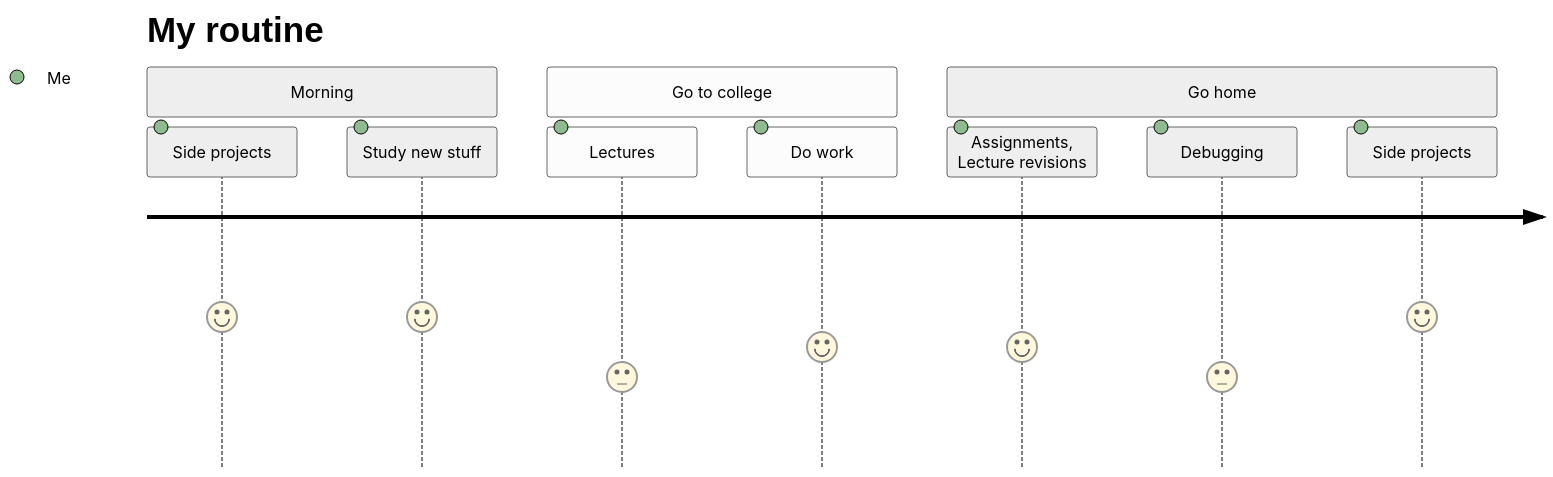
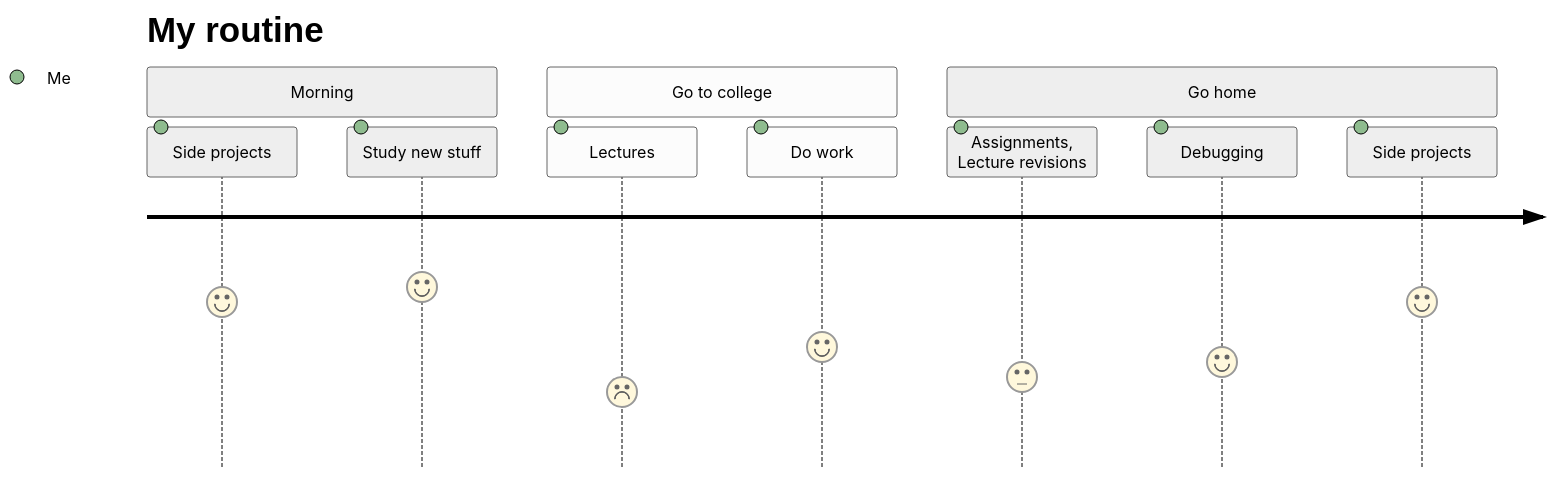
Before and after one commit to hwaseem04/hwaseem04: the diagram in README.md, drawn with Mermaid (neutral theme). The commit also changed other lines of this file, not shown here.

````diff
--- a/README.md
+++ b/README.md
@@ -16,14 +19,14 @@
 ```mermaid
 journey
     title My routine
     section Morning
-      Side projects: 5: Me
-      Study new stuff: 5: Me
+      Side projects: 5.5: Me
+      Study new stuff: 6: Me
     section Go to college
-      Lectures: 3: Me
+      Lectures: 2.5: Me
       Do work: 4: Me
     section Go home
-      Assignments, Lecture revisions: 4: Me
-      Debugging: 3: Me
-      Side projects: 5: Me
+      Assignments, Lecture revisions: 3: Me
+      Debugging: 3.5: Me
+      Side projects: 5.5: Me
 ```
````
